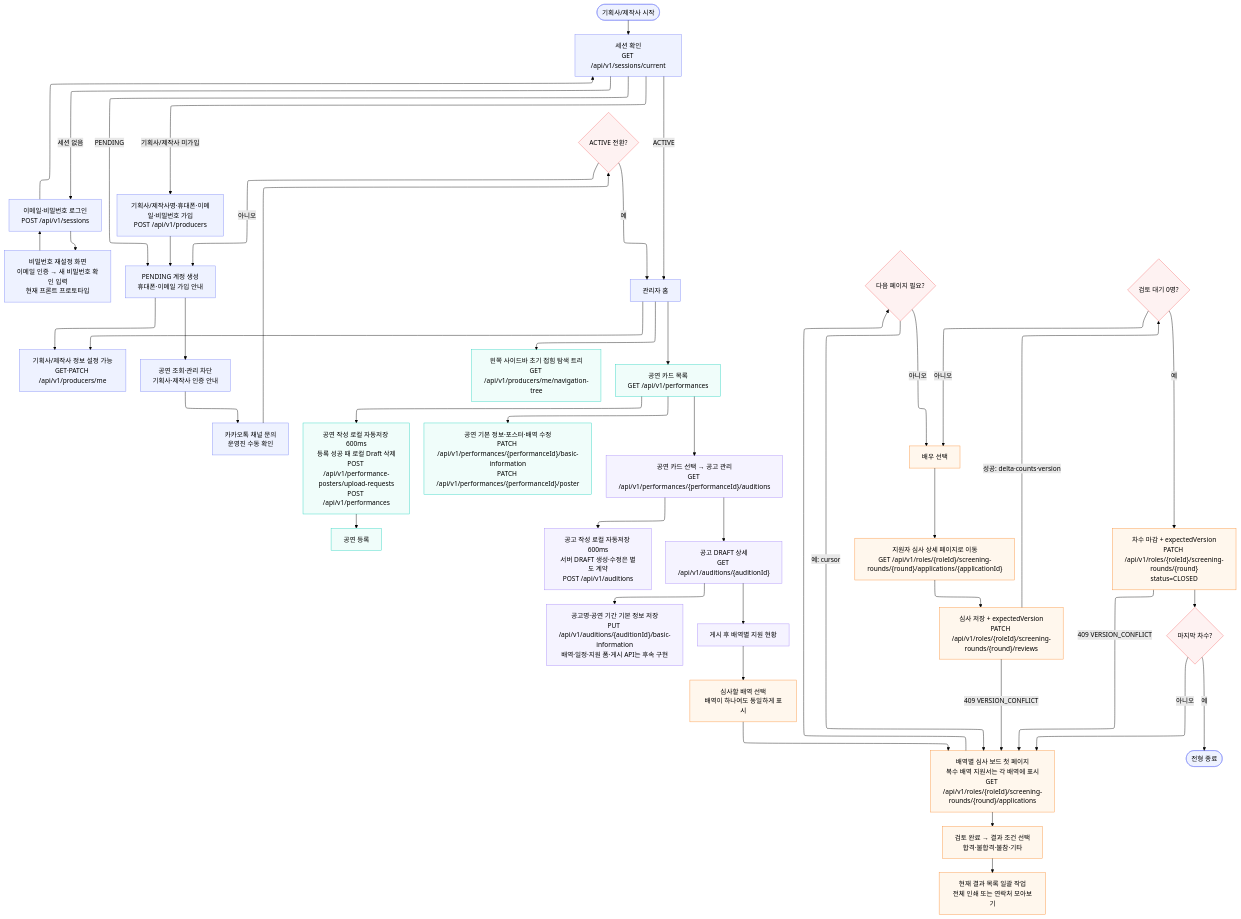
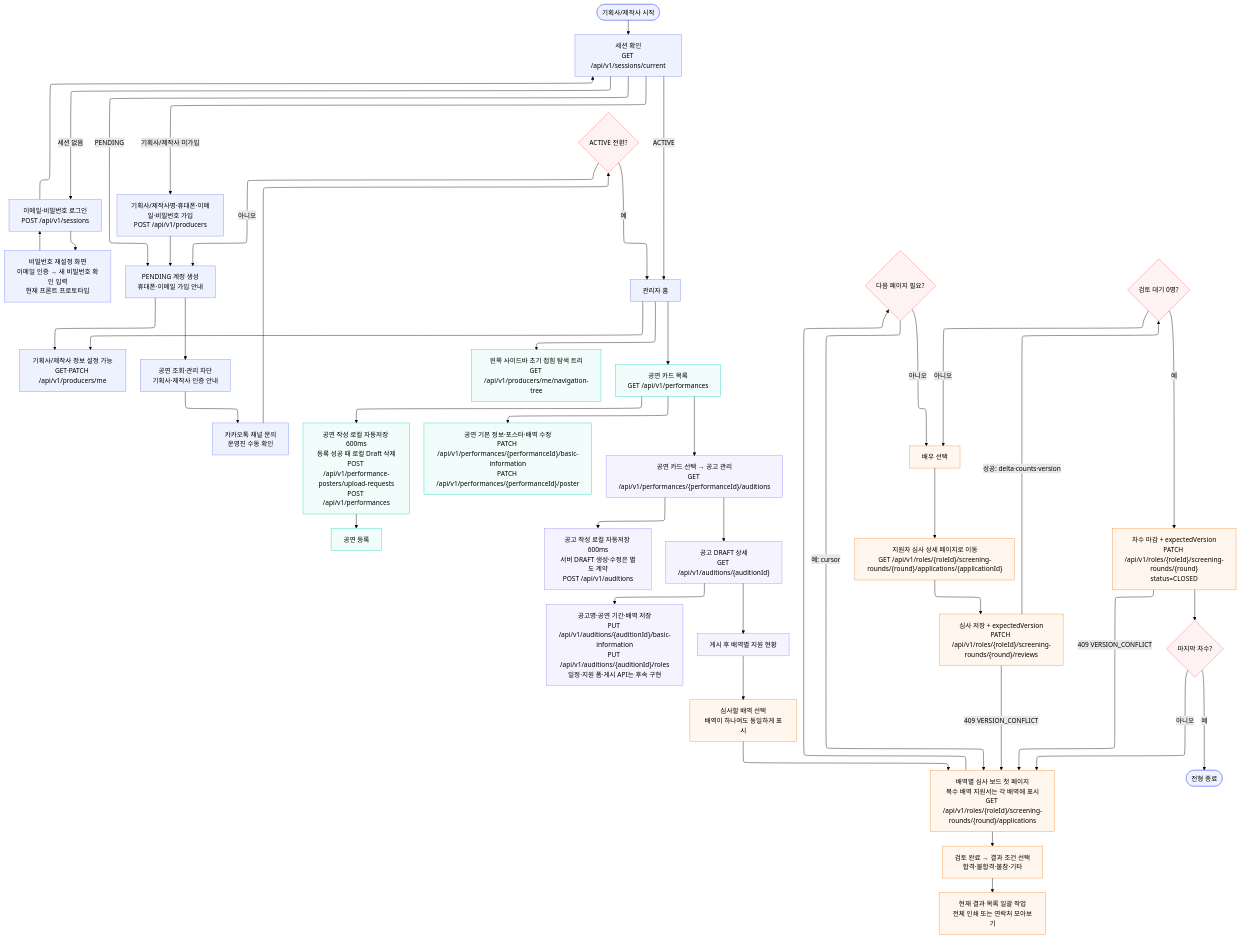
One commit to woowacourse-teams/2026-yesulin changed the diagram in docs/development/flows/producer.mmd. Above: the diagram before and after it, drawn with Mermaid (forest theme). The commit also changed 28 other files, not shown here.

```diff
--- a/docs/development/flows/producer.mmd
+++ b/docs/development/flows/producer.mmd
@@ -1,53 +1,53 @@
 ---
 config:
   layout: elk
 ---
 flowchart TB
     START(["기획사/제작사 시작"]) --> SESSION["세션 확인<br>GET /api/v1/sessions/current"]
     SESSION -- 세션 없음 --> LOGIN["이메일·비밀번호 로그인<br>POST /api/v1/sessions"]
     LOGIN --> PASSWORD_RESET["비밀번호 재설정 화면<br>이메일 인증 → 새 비밀번호 확인 입력<br>현재 프론트 프로토타입"]
     PASSWORD_RESET --> LOGIN
     LOGIN --> SESSION
     SESSION -- 기획사/제작사 미가입 --> SIGNUP["기획사/제작사명·휴대폰·이메일·비밀번호 가입<br>POST /api/v1/producers"]
     SIGNUP --> PENDING["PENDING 계정 생성<br>휴대폰·이메일 가입 안내"]
     SESSION -- PENDING --> PENDING
     PENDING --> PROFILE["기획사/제작사 정보 설정 가능<br>GET·PATCH /api/v1/producers/me"]
     PENDING --> BLOCKED["공연 조회·관리 차단<br>기획사·제작사 인증 안내"]
     BLOCKED --> CONTACT["카카오톡 채널 문의<br>운영진 수동 확인"]
     CONTACT --> ACTIVE{"ACTIVE 전환?"}
     ACTIVE -- 아니오 --> PENDING
     ACTIVE -- 예 --> HOME["관리자 홈"]
     SESSION -- ACTIVE --> HOME
     HOME --> NAV["왼쪽 사이드바 초기 접힘 탐색 트리<br>GET /api/v1/producers/me/navigation-tree"] & PROFILE & PERF["공연 카드 목록<br>GET /api/v1/performances"]
     PERF --> NEW_PERF["공연 작성 로컬 자동저장 600ms<br>등록 성공 때 로컬 Draft 삭제<br>POST /api/v1/performance-posters/upload-requests<br>POST /api/v1/performances"] & EDIT_PERF["공연 기본 정보·포스터·배역 수정<br>PATCH /api/v1/performances/{performanceId}/basic-information<br>PATCH /api/v1/performances/{performanceId}/poster"] & POSTINGS["공연 카드 선택 → 공고 관리<br>GET /api/v1/performances/{performanceId}/auditions"]
     NEW_PERF --> CREATE_PERF["공연 등록"]
     POSTINGS --> CREATE_POSTING["공고 작성 로컬 자동저장 600ms<br>서버 DRAFT 생성·수정은 별도 계약<br>POST /api/v1/auditions"] & POSTING_DETAIL["공고 DRAFT 상세<br>GET /api/v1/auditions/{auditionId}"]
-    POSTING_DETAIL --> EDIT_POSTING["공고명·공연 기간 기본 정보 저장<br>PUT /api/v1/auditions/{auditionId}/basic-information<br>배역·일정·지원 폼·게시 API는 후속 구현"] & ROLES["게시 후 배역별 지원 현황"]
+    POSTING_DETAIL --> EDIT_POSTING["공고명·공연 기간·배역 저장<br>PUT /api/v1/auditions/{auditionId}/basic-information<br>PUT /api/v1/auditions/{auditionId}/roles<br>일정·지원 폼·게시 API는 후속 구현"] & ROLES["게시 후 배역별 지원 현황"]
     ROLES --> CHOOSE_ROLE["심사할 배역 선택<br>배역이 하나여도 동일하게 표시"]
     CHOOSE_ROLE --> BOARD["배역별 심사 보드 첫 페이지<br>복수 배역 지원서는 각 배역에 표시<br>GET /api/v1/roles/{roleId}/screening-rounds/{round}/applications"]
     BOARD --> RESULT_FILTER["검토 완료 → 결과 조건 선택<br>합격·불합격·불참·기타"]
     RESULT_FILTER --> GROUP_ACTION["현재 결과 목록 일괄 작업<br>전체 인쇄 또는 연락처 모아보기"]
     BOARD --> MORE{"다음 페이지 필요?"}
     MORE -- 예: cursor --> BOARD
     MORE -- 아니오 --> SELECT["배우 선택"]
     SELECT --> APP_DETAIL["지원자 심사 상세 페이지로 이동<br>GET /api/v1/roles/{roleId}/screening-rounds/{round}/applications/{applicationId}"]
     APP_DETAIL --> REVIEW["심사 저장 + expectedVersion<br>PATCH /api/v1/roles/{roleId}/screening-rounds/{round}/reviews"]
     REVIEW -- 409 VERSION_CONFLICT --> BOARD
     REVIEW -- 성공: delta·counts·version --> DONE{"검토 대기 0명?"}
     DONE -- 아니오 --> SELECT
     DONE -- 예 --> CLOSE["차수 마감 + expectedVersion<br>PATCH /api/v1/roles/{roleId}/screening-rounds/{round}<br>status=CLOSED"]
     CLOSE -- 409 VERSION_CONFLICT --> BOARD
     CLOSE --> LAST{"마지막 차수?"}
     LAST -- 아니오 --> BOARD
     LAST -- 예 --> FINISH(["전형 종료"])
 
     classDef authNode stroke:#818cf8,fill:#eef2ff
     classDef perfNode stroke:#2dd4bf,fill:#f0fdfa
     classDef postingNode stroke:#a78bfa,fill:#f5f3ff
     classDef screeningNode stroke:#fb923c,fill:#fff7ed
     classDef decisionNode stroke:#f87171,fill:#fef2f2
     class START,SESSION,LOGIN,PASSWORD_RESET,SIGNUP,PENDING,PROFILE,BLOCKED,CONTACT,HOME,FINISH authNode
     class ACTIVE,MORE,DONE,LAST decisionNode
     class NAV,PERF,NEW_PERF,EDIT_PERF,CREATE_PERF perfNode
     class POSTINGS,CREATE_POSTING,POSTING_DETAIL,EDIT_POSTING,ROLES postingNode
     class BOARD,CHOOSE_ROLE,RESULT_FILTER,GROUP_ACTION,SELECT,APP_DETAIL,REVIEW,CLOSE screeningNode
```
